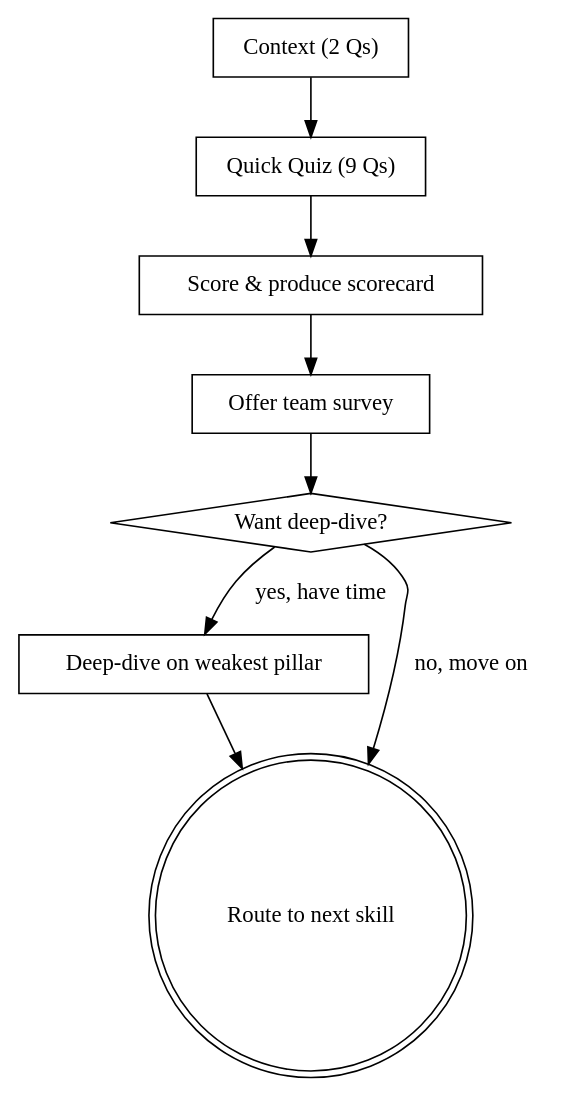
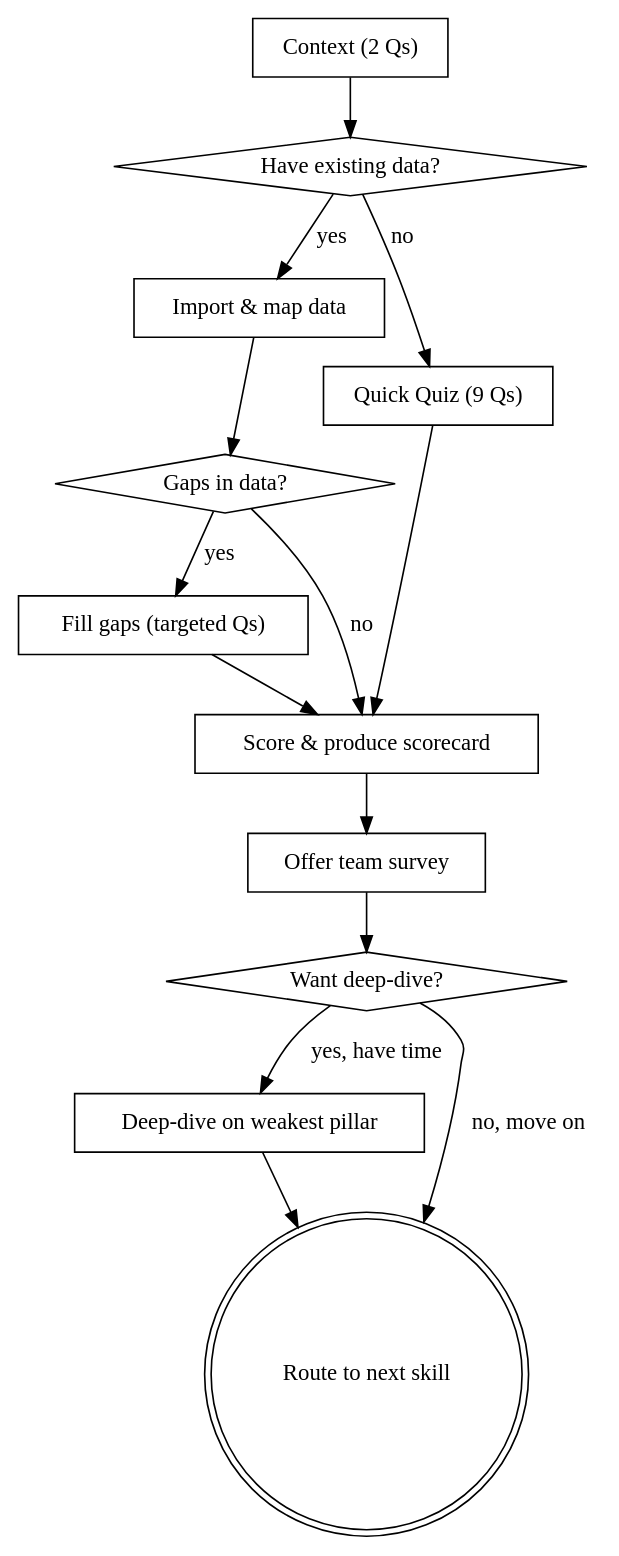
The diagram in skills/fluency-assessment/SKILL.md (adimango/ai-adoption-playbook), drawn with Graphviz before and after one commit. The commit also changed other lines of this file, not shown here.

First line of the commit message:
Add existing data import path to fluency assessment

````diff
--- a/skills/fluency-assessment/SKILL.md
+++ b/skills/fluency-assessment/SKILL.md
@@ -18,19 +18,29 @@
 ```dot
 digraph fluency {
     "Context (2 Qs)" [shape=box];
+    "Have existing data?" [shape=diamond];
+    "Import & map data" [shape=box];
+    "Gaps in data?" [shape=diamond];
+    "Fill gaps (targeted Qs)" [shape=box];
     "Quick Quiz (9 Qs)" [shape=box];
     "Score & produce scorecard" [shape=box];
     "Offer team survey" [shape=box];
     "Want deep-dive?" [shape=diamond];
     "Deep-dive on weakest pillar" [shape=box];
     "Route to next skill" [shape=doublecircle];
 
-    "Context (2 Qs)" -> "Quick Quiz (9 Qs)";
+    "Context (2 Qs)" -> "Have existing data?";
+    "Have existing data?" -> "Import & map data" [label="yes"];
+    "Have existing data?" -> "Quick Quiz (9 Qs)" [label="no"];
+    "Import & map data" -> "Gaps in data?";
+    "Gaps in data?" -> "Fill gaps (targeted Qs)" [label="yes"];
+    "Gaps in data?" -> "Score & produce scorecard" [label="no"];
+    "Fill gaps (targeted Qs)" -> "Score & produce scorecard";
     "Quick Quiz (9 Qs)" -> "Score & produce scorecard";
     "Score & produce scorecard" -> "Offer team survey";
     "Offer team survey" -> "Want deep-dive?";
     "Want deep-dive?" -> "Deep-dive on weakest pillar" [label="yes, have time"];
     "Want deep-dive?" -> "Route to next skill" [label="no, move on"];
     "Deep-dive on weakest pillar" -> "Route to next skill";
 }
 ```
````
